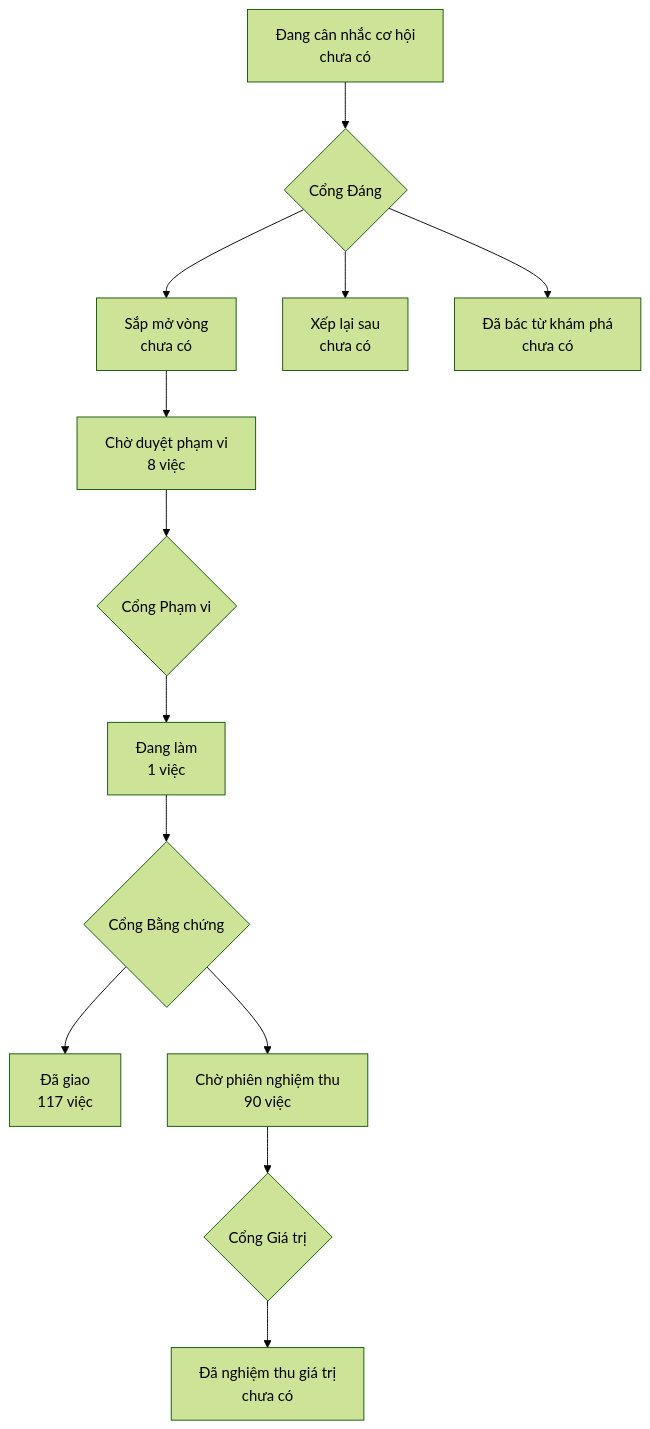
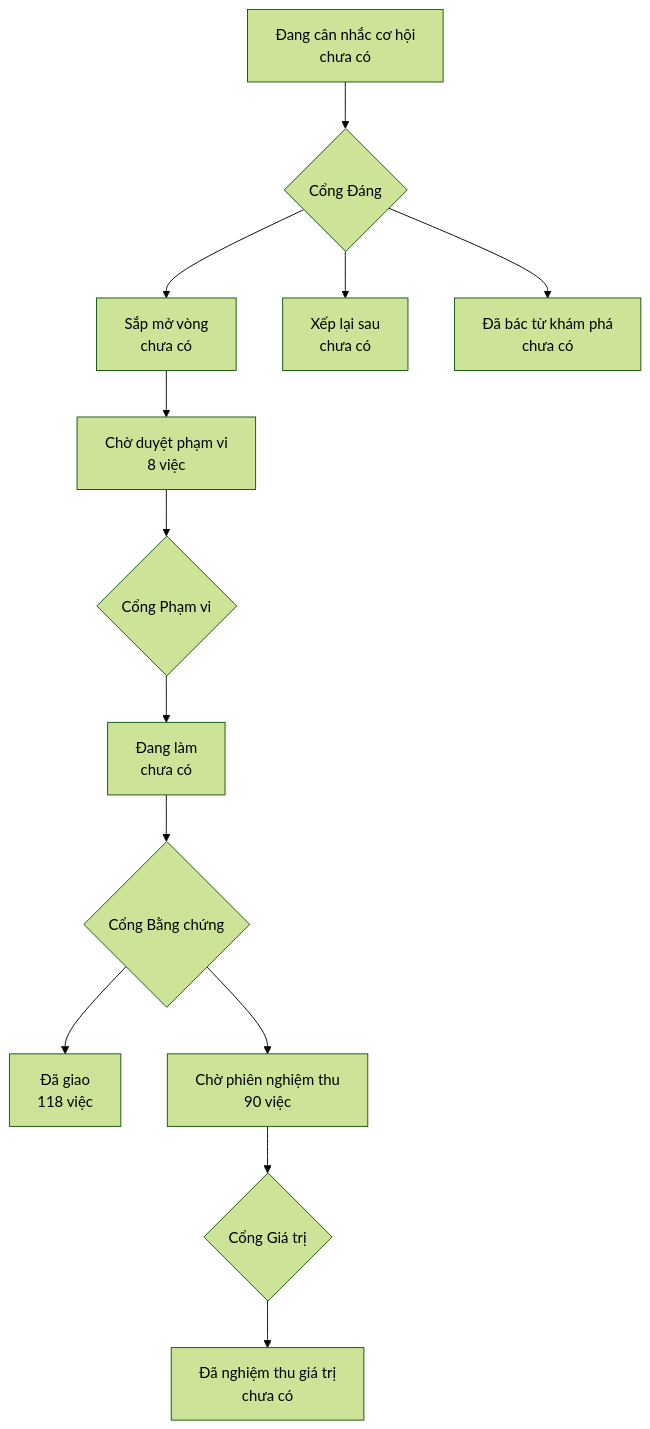
The diagram in PRODUCT-MAP.md (phanlemanh/onehub-invest), drawn with Mermaid (forest theme) before and after one commit. The commit also changed other lines of this file and 7 other files, not shown here.

````diff
--- a/PRODUCT-MAP.md
+++ b/PRODUCT-MAP.md
@@ -7,12 +7,12 @@
 ```mermaid
 flowchart TD
   A["Đang cân nhắc cơ hội<br/>chưa có"] --> GD{"Cổng Đáng"}
   GD --> B["Sắp mở vòng<br/>chưa có"]
   GD --> XL["Xếp lại sau<br/>chưa có"]
   GD --> DB["Đã bác từ khám phá<br/>chưa có"]
   B --> CD["Chờ duyệt phạm vi<br/>8 việc"] --> GP{"Cổng Phạm vi"}
-  GP --> DL["Đang làm<br/>1 việc"] --> GB{"Cổng Bằng chứng"}
-  GB --> DG["Đã giao<br/>117 việc"]
+  GP --> DL["Đang làm<br/>chưa có"] --> GB{"Cổng Bằng chứng"}
+  GB --> DG["Đã giao<br/>118 việc"]
   GB --> CN["Chờ phiên nghiệm thu<br/>90 việc"] --> GG{"Cổng Giá trị"}
   GG --> NT["Đã nghiệm thu giá trị<br/>chưa có"]
 ```
````
